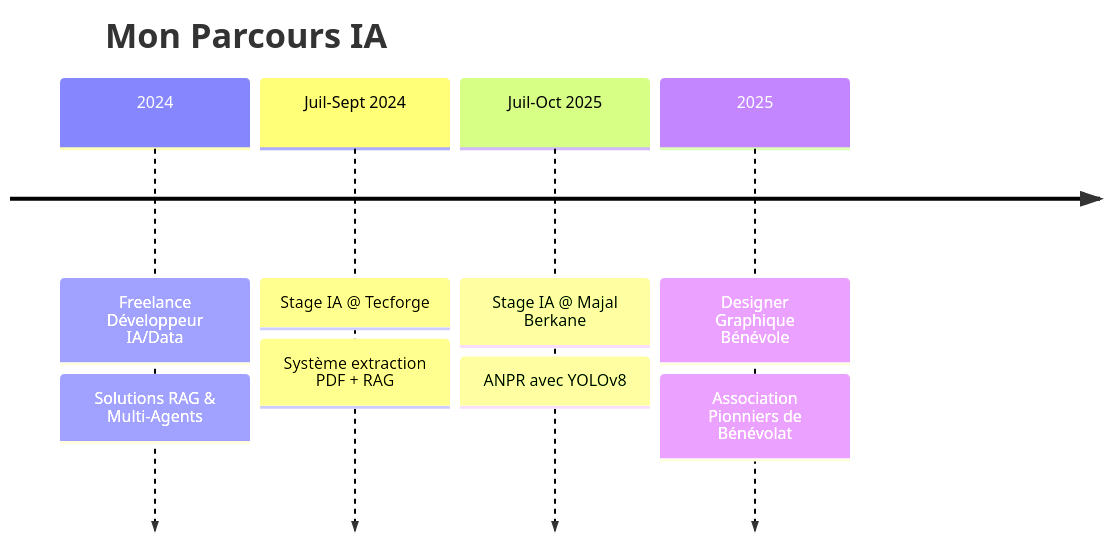
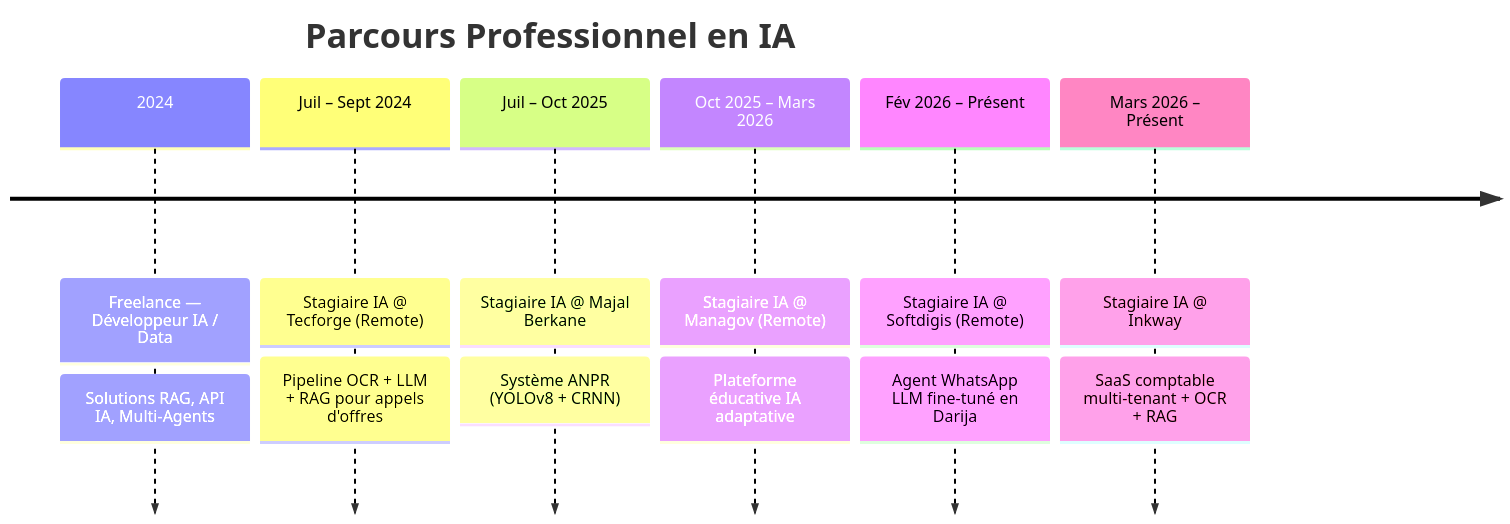
One commit to Hajji-ahmed/Hajji-ahmed changed the diagram in README.md. Above: the diagram before and after it, drawn with Mermaid. The commit also changed other lines of this file, not shown here.

````diff
--- a/README.md
+++ b/README.md
@@ -143,12 +215,16 @@
 ```mermaid
 timeline
-    title Mon Parcours IA
-    2024 : Freelance Développeur IA/Data
-         : Solutions RAG & Multi-Agents
-    Juil-Sept 2024 : Stage IA @ Tecforge
-                   : Système extraction PDF + RAG
-    Juil-Oct 2025 : Stage IA @ Majal Berkane
-                  : ANPR avec YOLOv8
-    2025 : Designer Graphique Bénévole
-         : Association Pionniers de Bénévolat
+    title Parcours Professionnel en IA
+    2024 : Freelance — Développeur IA / Data
+         : Solutions RAG, API IA, Multi-Agents
+    Juil – Sept 2024 : Stagiaire IA @ Tecforge (Remote)
+                     : Pipeline OCR + LLM + RAG pour appels d'offres
+    Juil – Oct 2025 : Stagiaire IA @ Majal Berkane
+                    : Système ANPR (YOLOv8 + CRNN)
+    Oct 2025 – Mars 2026 : Stagiaire IA @ Managov (Remote)
+                         : Plateforme éducative IA adaptative
+    Fév 2026 – Présent : Stagiaire IA @ Softdigis (Remote)
+                       : Agent WhatsApp LLM fine-tuné en Darija
+    Mars 2026 – Présent : Stagiaire IA @ Inkway
+                        : SaaS comptable multi-tenant + OCR + RAG
 ```
````
